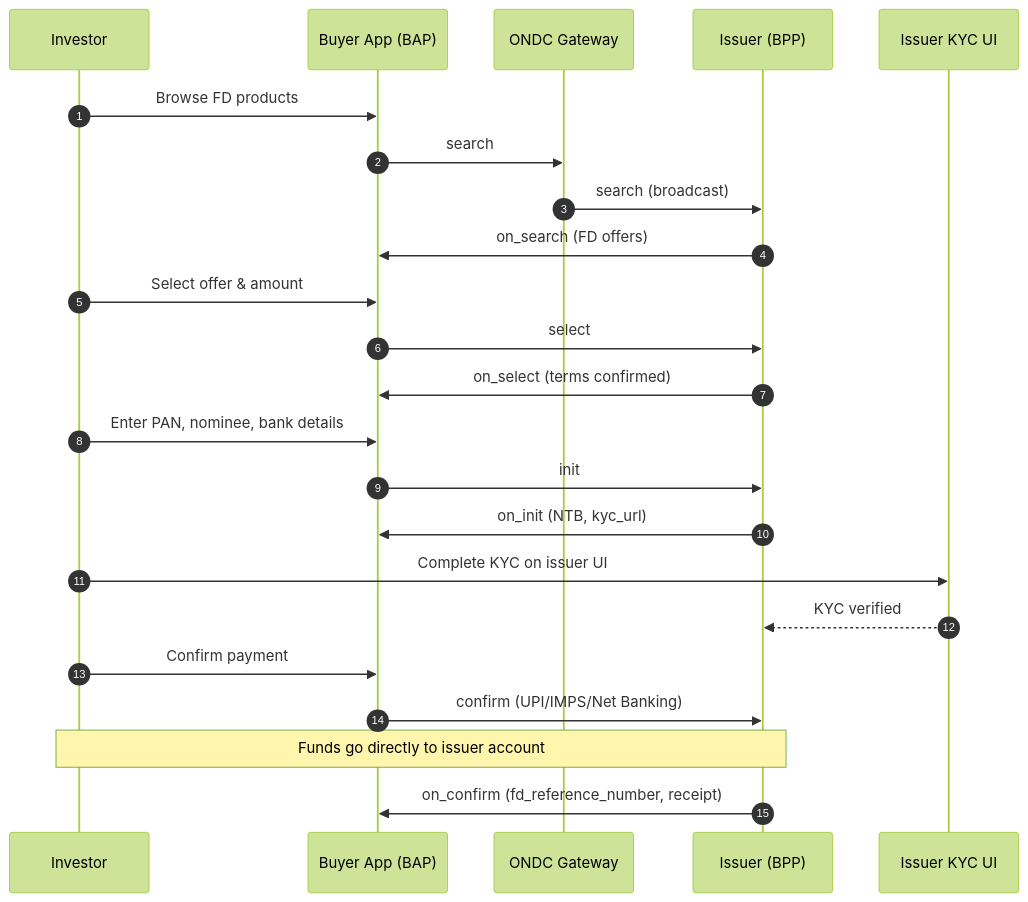
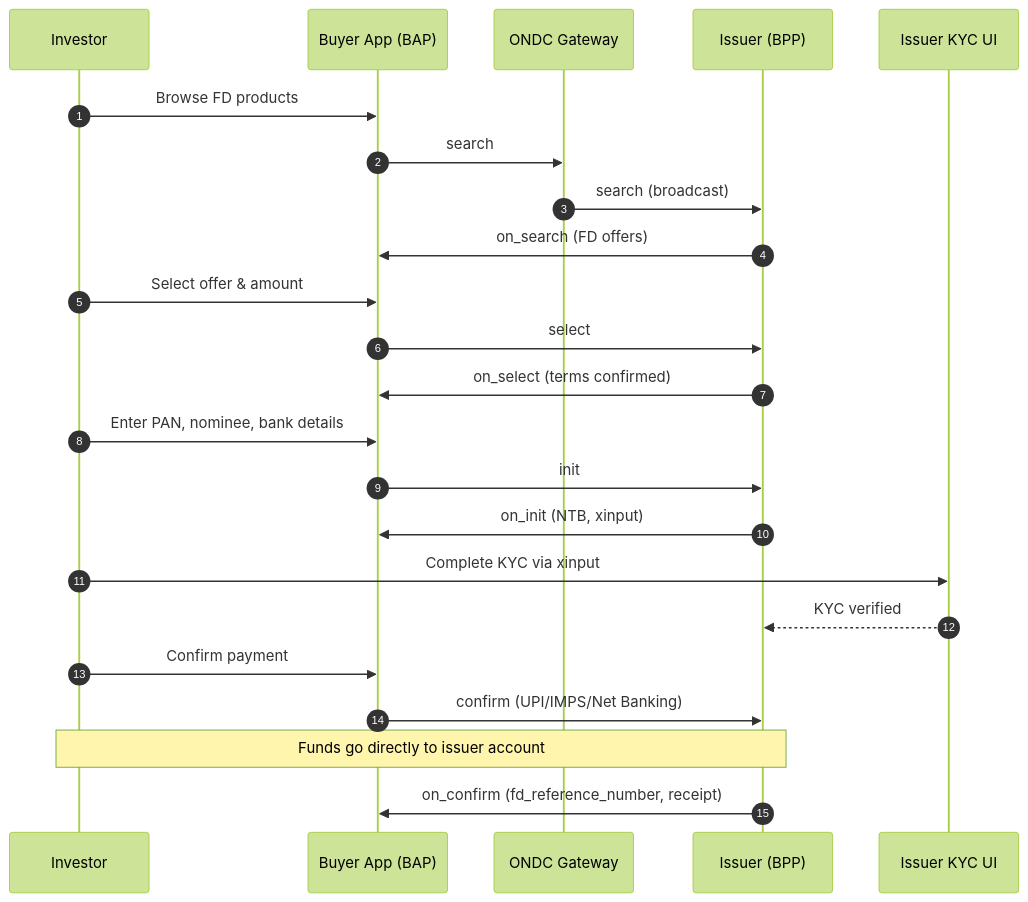
Before and after one commit to ONDC-Official/ONDC-FIS-Specifications: the first of 4 diagrams in PROTOCOL.md, drawn with Mermaid (forest theme). The commit also changed other lines of this file and 66 other files, not shown here.

````diff
--- a/PROTOCOL.md
+++ b/PROTOCOL.md
@@ -197,26 +190,26 @@
 ```mermaid
 sequenceDiagram
     autonumber
     participant Investor
     participant BAP as Buyer App (BAP)
     participant GW as ONDC Gateway
     participant BPP as Issuer (BPP)
     participant KYC as Issuer KYC UI
 
     Investor->>BAP: Browse FD products
     BAP->>GW: search
     GW->>BPP: search (broadcast)
     BPP->>BAP: on_search (FD offers)
     Investor->>BAP: Select offer & amount
     BAP->>BPP: select
     BPP->>BAP: on_select (terms confirmed)
     Investor->>BAP: Enter PAN, nominee, bank details
     BAP->>BPP: init
-    BPP->>BAP: on_init (NTB, kyc_url)
-    Investor->>KYC: Complete KYC on issuer UI
+    BPP->>BAP: on_init (NTB, xinput)
+    Investor->>KYC: Complete KYC via xinput
     KYC-->>BPP: KYC verified
     Investor->>BAP: Confirm payment
     BAP->>BPP: confirm (UPI/IMPS/Net Banking)
     Note over Investor,BPP: Funds go directly to issuer account
     BPP->>BAP: on_confirm (fd_reference_number, receipt)
 ```
````
